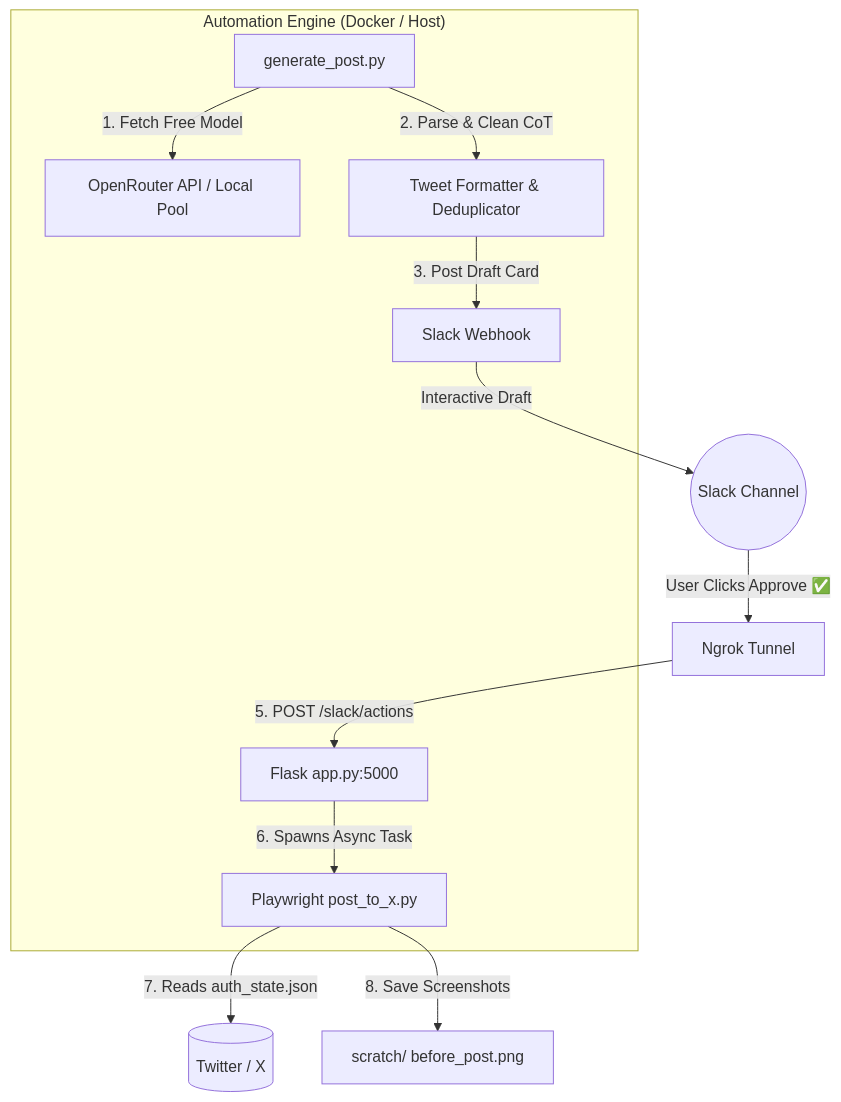
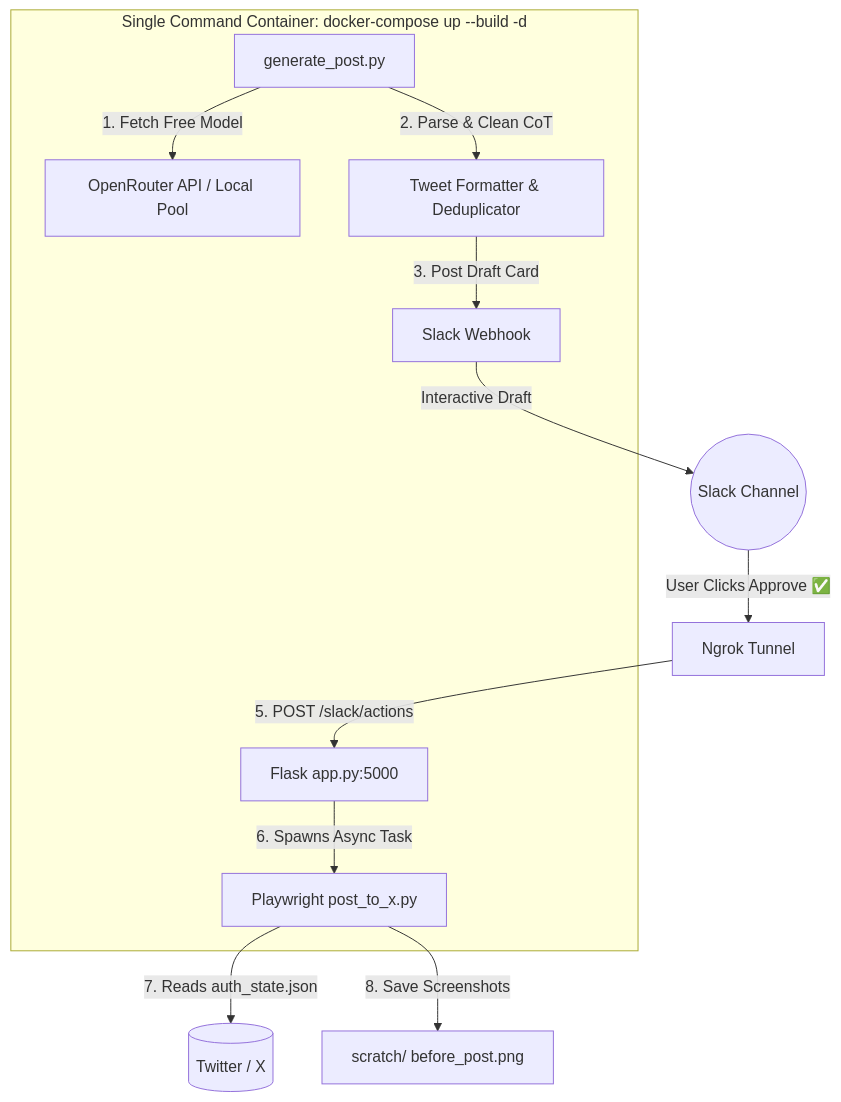
Before and after one commit to ravixpanchal/x-post-automation: the diagram in README.md, drawn with Mermaid. The commit also changed other lines of this file and 2 other files, not shown here.

Commit message:
Highlight single command docker-compose execution in README and video_script

````diff
--- a/README.md
+++ b/README.md
@@ -28,17 +49,17 @@
 ```mermaid
 graph TD
-    subgraph "Automation Engine (Docker / Host)"
+    subgraph "Single Command Container: docker-compose up --build -d"
         Gen[generate_post.py] -->|1. Fetch Free Model| OpenRouter[OpenRouter API / Local Pool]
         Gen -->|2. Parse & Clean CoT| Filter[Tweet Formatter & Deduplicator]
         Filter -->|3. Post Draft Card| SlackWebhook[Slack Webhook]
         
         Flask[Flask app.py:5000] -->|6. Spawns Async Task| Playwright[Playwright post_to_x.py]
     end
 
     SlackWebhook -->|Interactive Draft| SlackChannel((Slack Channel))
     SlackChannel -->|User Clicks Approve ✅| Ngrok[Ngrok Tunnel]
     Ngrok -->|5. POST /slack/actions| Flask
     
     Playwright -->|7. Reads auth_state.json| X[(Twitter / X)]
     Playwright -->|8. Save Screenshots| Scratch[scratch/ before_post.png]
 ```
````
